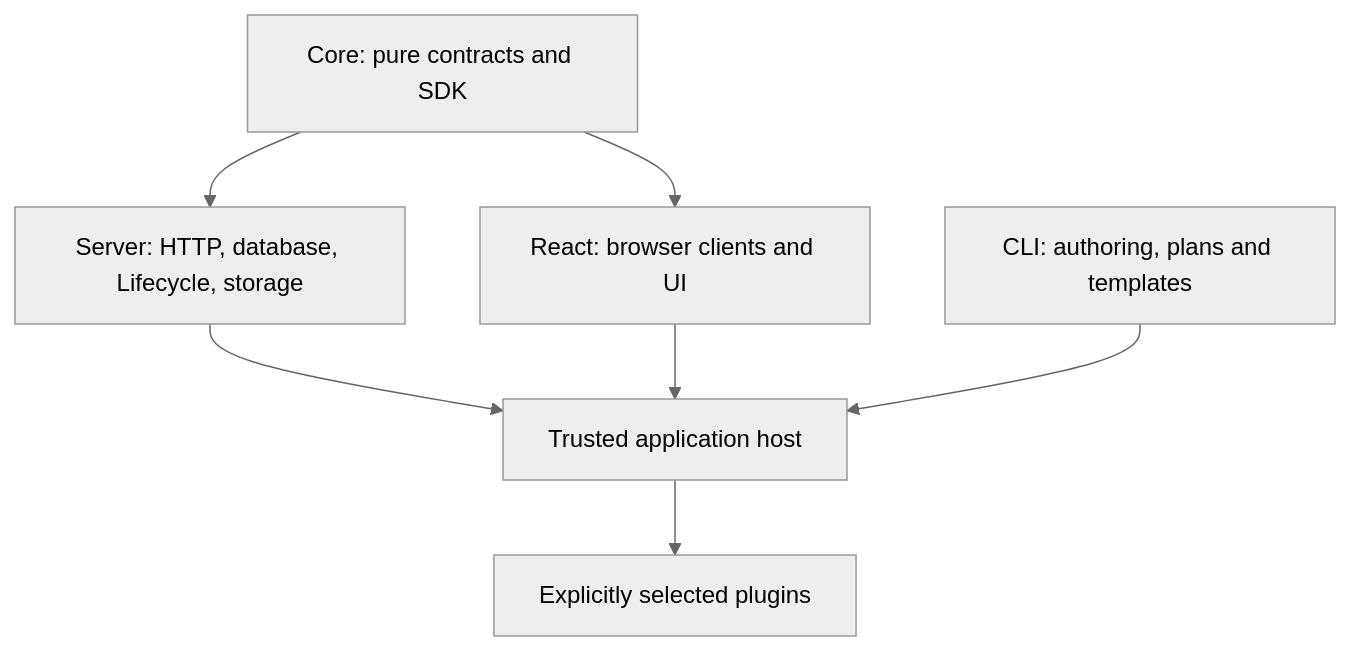
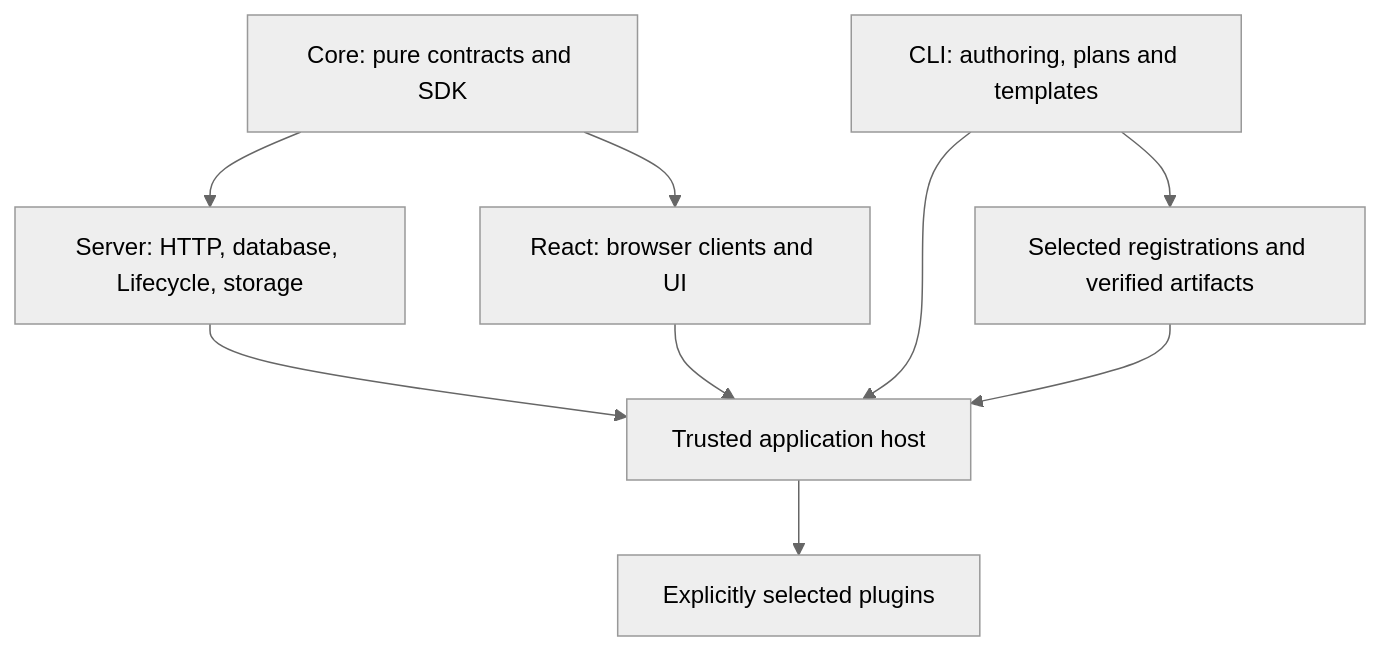
One commit to dataarthub/eaos changed the diagram in docs/architecture.md. Above: the diagram before and after it, drawn with Mermaid (neutral theme). The commit also changed other lines of this file and 2 other files, not shown here.

````diff
--- a/docs/architecture.md
+++ b/docs/architecture.md
@@ -19,9 +19,11 @@
 ```mermaid
 flowchart TD
   Core[Core: pure contracts and SDK] --> Server[Server: HTTP, database, Lifecycle, storage]
   Core --> React[React: browser clients and UI]
   Server --> Host[Trusted application host]
   React --> Host
   CLI[CLI: authoring, plans and templates] --> Host
   Host --> Plugins[Explicitly selected plugins]
+  CLI --> Catalog[Selected registrations and verified artifacts]
+  Catalog --> Host
 ```
````
